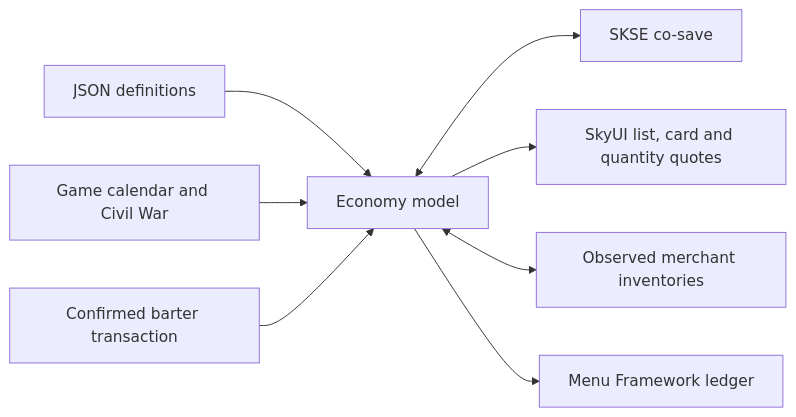
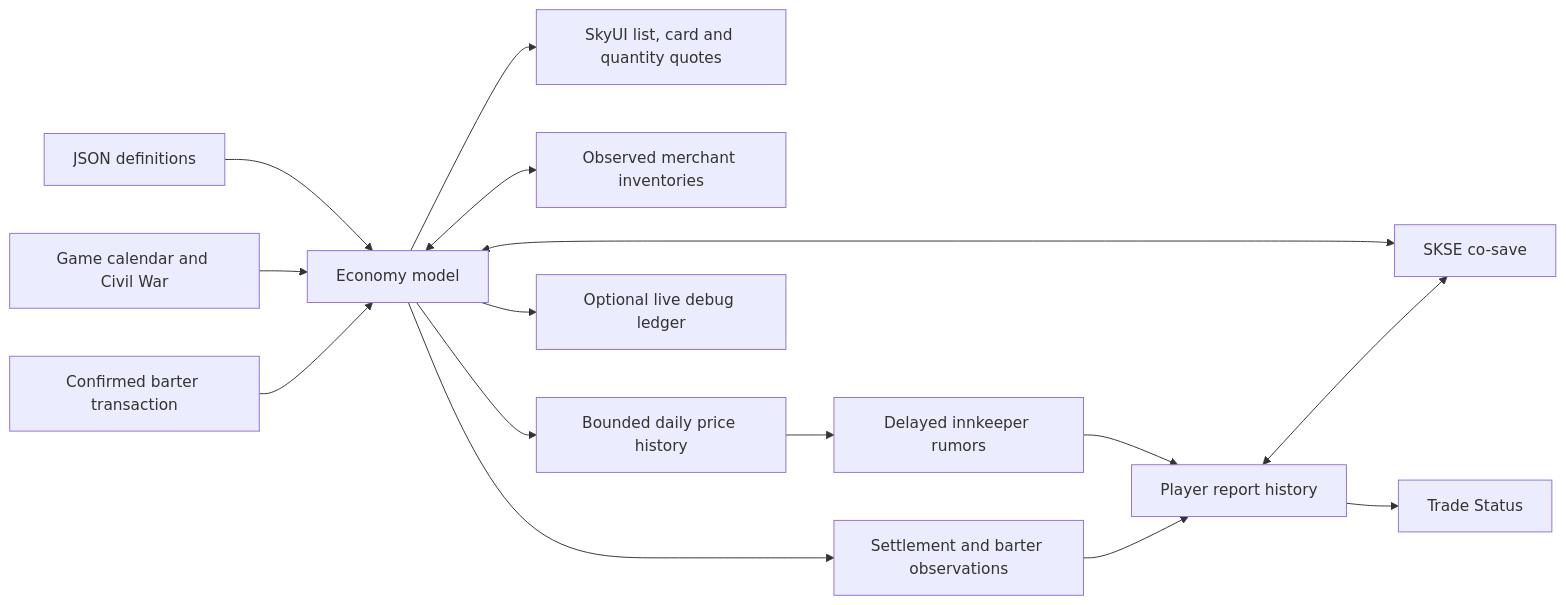
One commit to opteron-x86/marco-polo changed the diagram in docs/ARCHITECTURE.md. Above: the diagram before and after it, drawn with Mermaid. The commit also changed other lines of this file and 34 other files, not shown here.

Commit message:
Add remembered markets and innkeeper trade rumors

````diff
--- a/docs/ARCHITECTURE.md
+++ b/docs/ARCHITECTURE.md
@@ -7,10 +7,17 @@
 ```mermaid
 flowchart LR
   Config[JSON definitions] --> Core[Economy model]
   Time[Game calendar and Civil War] --> Core
   Core <--> Save[SKSE co-save]
   Trade[Confirmed barter transaction] --> Core
   Core --> Price[SkyUI list, card and quantity quotes]
   Core <--> Chest[Observed merchant inventories]
-  Core --> Ledger[Menu Framework ledger]
+  Core --> History[Bounded daily price history]
+  History --> News[Delayed innkeeper rumors]
+  Core --> Visit[Settlement and barter observations]
+  News --> Knowledge[Player report history]
+  Visit --> Knowledge
+  Knowledge <--> Save
+  Knowledge --> Ledger[Trade Status]
+  Core --> Debug[Optional live debug ledger]
 ```
````
